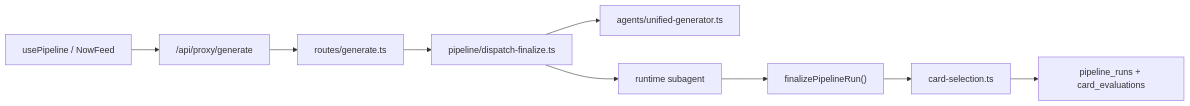
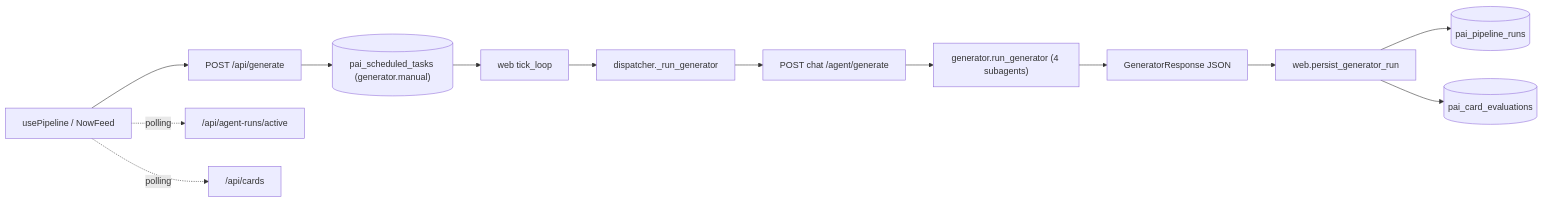
The first of 2 diagrams in docs/modules/generation.mdx (Edge-AI-HQ/proactive-assistant), drawn with Mermaid before and after one commit. The commit also changed other lines of this file and 372 other files, not shown here.

````diff
--- a/docs/modules/generation.mdx
+++ b/docs/modules/generation.mdx
@@ -16,11 +16,15 @@
 ```mermaid
 flowchart LR
-  UI["usePipeline / NowFeed"] --> Proxy["/api/proxy/generate"]
-  Proxy --> Route["routes/generate.ts"]
-  Route --> Dispatch["pipeline/dispatch-finalize.ts"]
-  Dispatch --> Prompt["agents/unified-generator.ts"]
-  Dispatch --> Agent["runtime subagent"]
-  Agent --> Finalize["finalizePipelineRun()"]
-  Finalize --> Select["card-selection.ts"]
-  Select --> Store["pipeline_runs + card_evaluations"]
+  UI["usePipeline / NowFeed"] --> API["POST /api/generate"]
+  API --> Q[("pai_scheduled_tasks (generator.manual)")]
+  Q --> Sched["web tick_loop"]
+  Sched --> Disp["dispatcher._run_generator"]
+  Disp --> Chat["POST chat /agent/generate"]
+  Chat --> Agent["generator.run_generator (4 subagents)"]
+  Agent --> Resp["GeneratorResponse JSON"]
+  Resp --> Persist["web.persist_generator_run"]
+  Persist --> PR[("pai_pipeline_runs")]
+  Persist --> CE[("pai_card_evaluations")]
+  UI -. polling .-> Runs["/api/agent-runs/active"]
+  UI -. polling .-> Cards["/api/cards"]
 ```
````
